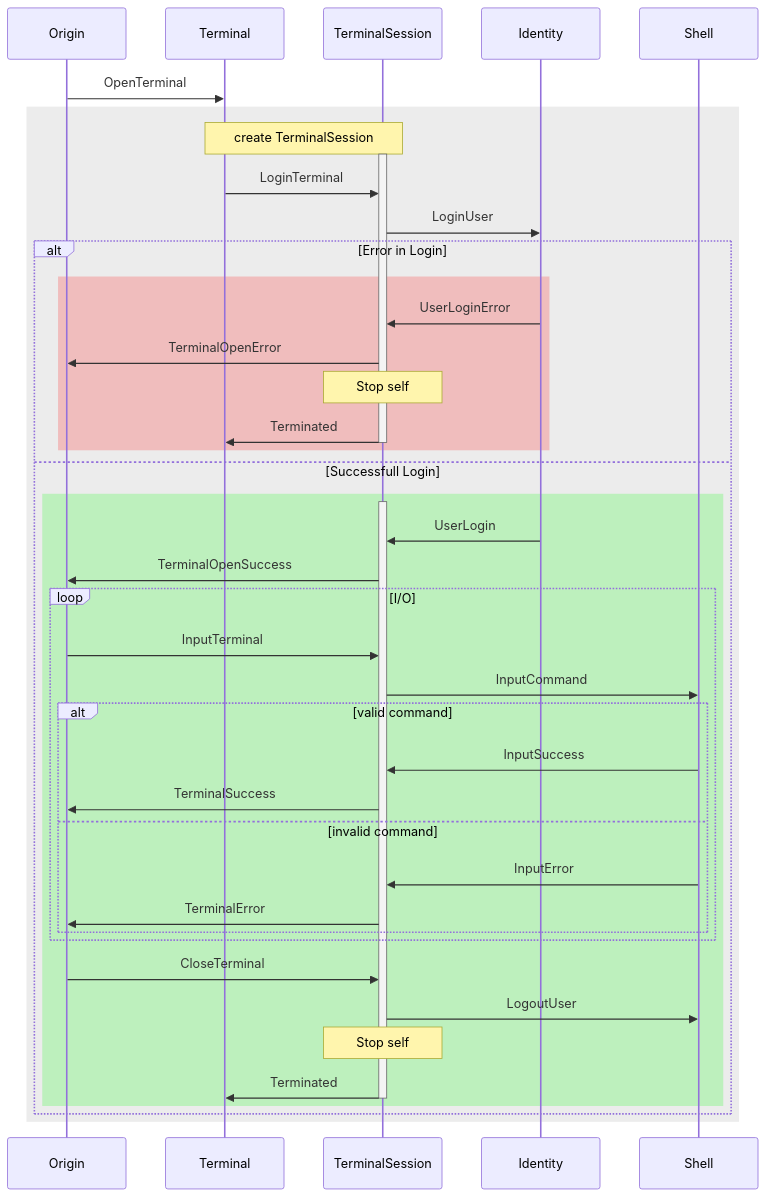
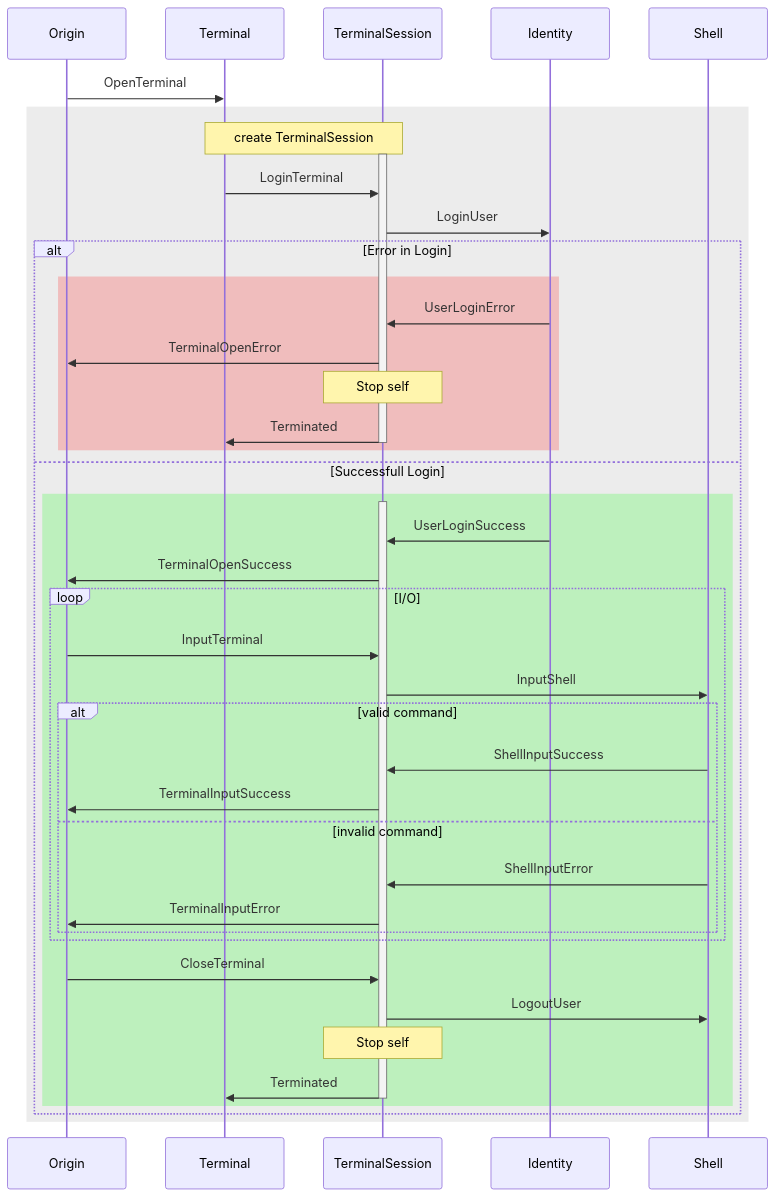
One commit to flensrocker/Actor.GameHub changed the diagram in src/Actor.GameHub.Terminal.Abstractions/terminal-model.mmd. Above: the diagram before and after it, drawn with Mermaid. The commit also changed 9 other files, not shown here.

```diff
--- a/src/Actor.GameHub.Terminal.Abstractions/terminal-model.mmd
+++ b/src/Actor.GameHub.Terminal.Abstractions/terminal-model.mmd
@@ -1,45 +1,45 @@
 sequenceDiagram
   participant o as Origin
   participant t as Terminal
   participant ts as TerminalSession
   participant id as Identity
   participant sh as Shell
 
   o->>t:OpenTerminal
   rect rgba(160, 160, 160, .2)
     Note over t,ts:create TerminalSession
     activate ts
     t->>ts:LoginTerminal
     ts->>id:LoginUser
     alt Error in Login
       rect rgba(255, 0, 0, .2)
         id->>ts:UserLoginError
         ts->>o:TerminalOpenError
         Note over ts:Stop self
         ts->>t:Terminated
         deactivate ts
       end
     else Successfull Login
       rect rgba(0, 255, 0, .2)
         activate ts
-        id->>ts:UserLogin
+        id->>ts:UserLoginSuccess
         ts->>o:TerminalOpenSuccess
         loop I/O
           o->>ts:InputTerminal
-          ts->>sh:InputCommand
+          ts->>sh:InputShell
           alt valid command
-            sh->>ts:InputSuccess
-            ts->>o:TerminalSuccess
+            sh->>ts:ShellInputSuccess
+            ts->>o:TerminalInputSuccess
           else invalid command
-            sh->>ts:InputError
-            ts->>o:TerminalError
+            sh->>ts:ShellInputError
+            ts->>o:TerminalInputError
           end
         end
         o->>ts:CloseTerminal
         ts->>sh:LogoutUser
         Note over ts:Stop self
         ts->>t:Terminated
         deactivate ts
       end
     end
   end
```
